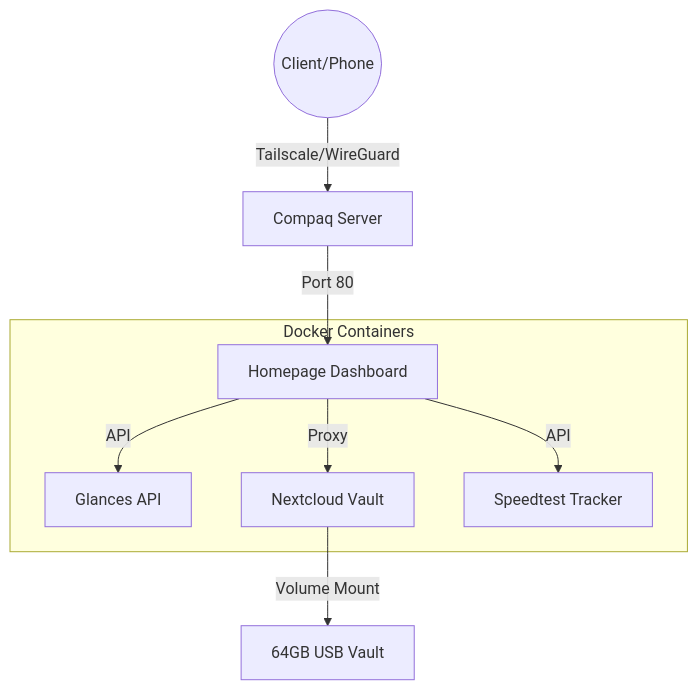
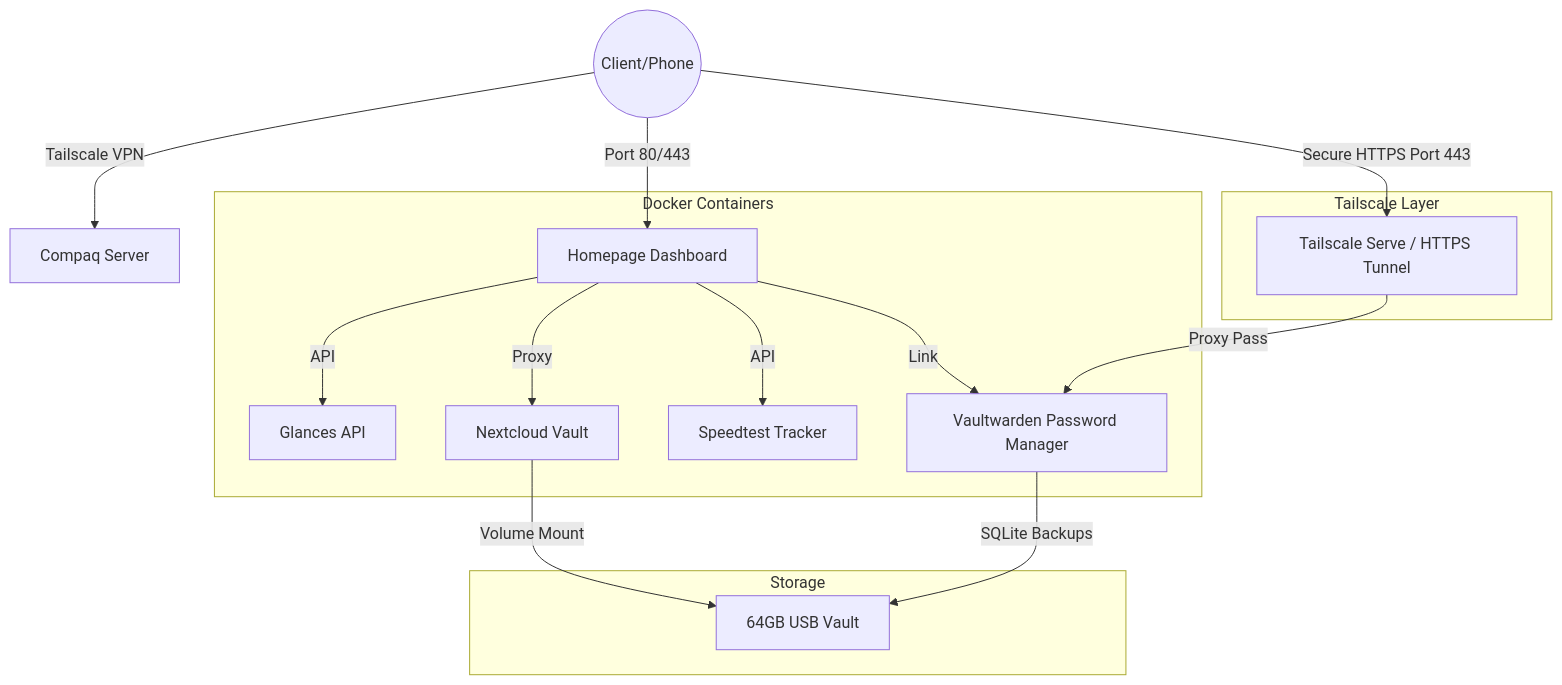
The diagram in README.md (TingRongYou/SelfHostedCommandCenter), drawn with Mermaid before and after one commit. The commit also changed other lines of this file and 4 other files, not shown here.

Commit message:
Added a Password Manager

````diff
--- a/README.md
+++ b/README.md
@@ -7,15 +7,32 @@
 ```mermaid
 graph TD
-    User((Client/Phone)) -- Tailscale/WireGuard --> Server[Compaq Server]
+    User((Client/Phone)) -- Tailscale VPN --> Server[Compaq Server]
+    
+    subgraph Tailscale Layer
+        TS_Serve[Tailscale Serve / HTTPS Tunnel]
+    end
+
     subgraph Docker Containers
         Homepage[Homepage Dashboard]
         Glances[Glances API]
         Nextcloud[Nextcloud Vault]
         Speedtest[Speedtest Tracker]
+        Vaultwarden[Vaultwarden Password Manager]
     end
-    Server -- Port 80 --> Homepage
+    
+    subgraph Storage
+        USB[64GB USB Vault]
+    end
+
+    User -- Port 80/443 --> Homepage
+    User -- Secure HTTPS Port 443 --> TS_Serve
+    TS_Serve -- Proxy Pass --> Vaultwarden
+    
     Homepage -- API --> Glances
     Homepage -- Proxy --> Nextcloud
     Homepage -- API --> Speedtest
-    Nextcloud -- Volume Mount --> USB[64GB USB Vault]
+    Homepage -- Link --> Vaultwarden
+    
+    Nextcloud -- Volume Mount --> USB
+    Vaultwarden -- SQLite Backups --> USB
 ```
````
